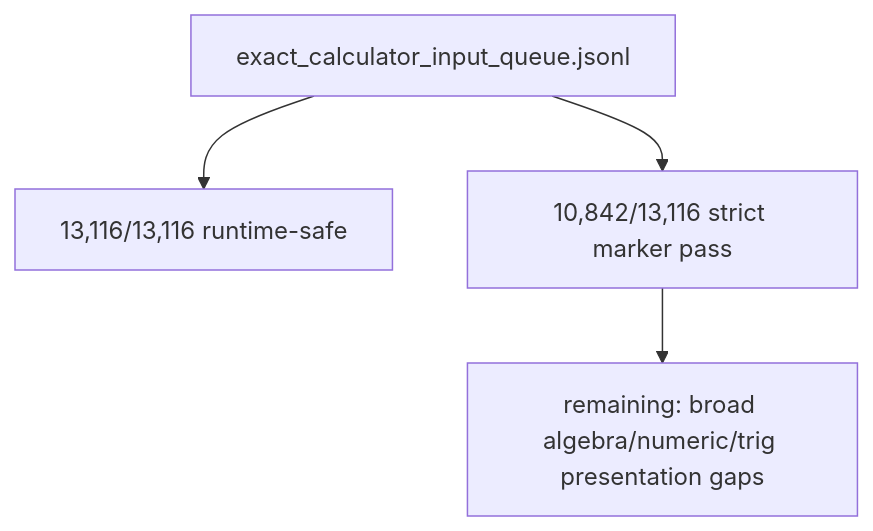
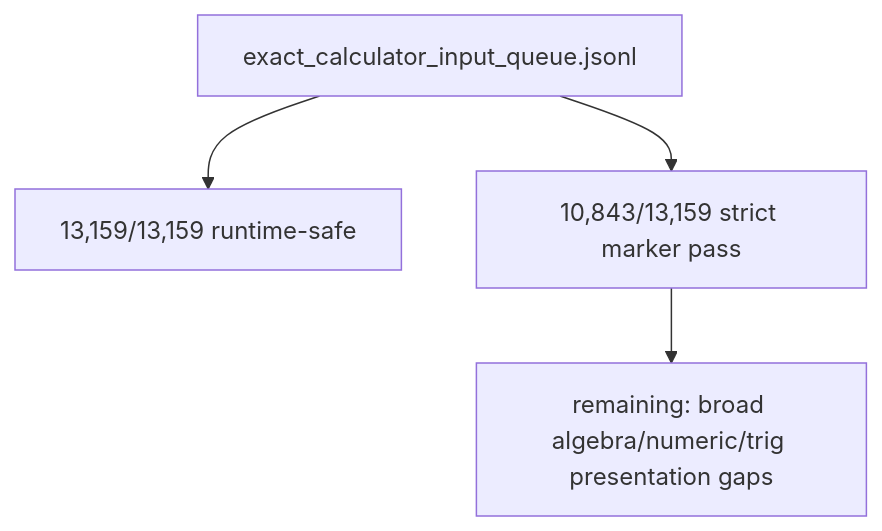
Before and after one commit to james8464/notes-addin-casio-fx-cg50: the fifth of 5 diagrams in docs/GRAPH.md, drawn with Mermaid. The commit also changed 3 other files, not shown here.

Commit message:
test: append latest exact queue rows

````diff
--- a/docs/GRAPH.md
+++ b/docs/GRAPH.md
@@ -57,6 +57,6 @@
 ```mermaid
 graph TD
-  Queue["exact_calculator_input_queue.jsonl"] --> Runtime["13,116/13,116 runtime-safe"]
-  Queue --> Strict["10,842/13,116 strict marker pass"]
+  Queue["exact_calculator_input_queue.jsonl"] --> Runtime["13,159/13,159 runtime-safe"]
+  Queue --> Strict["10,843/13,159 strict marker pass"]
   Strict --> Remaining["remaining: broad algebra/numeric/trig presentation gaps"]
 ```
````
